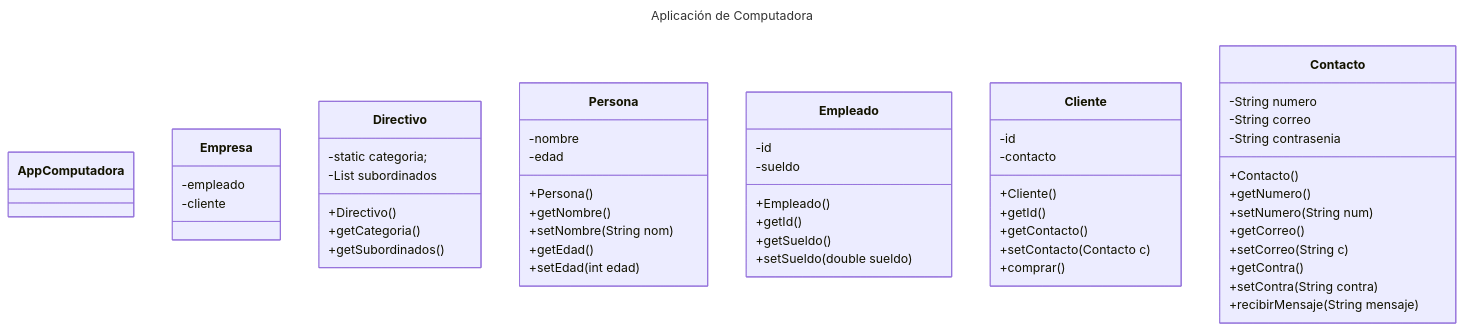
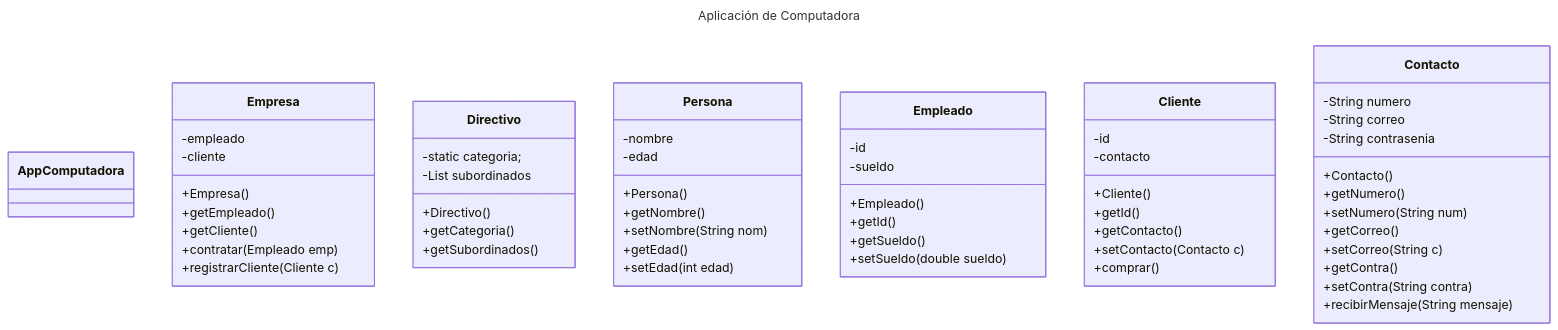
One commit to mauryci2/Jaime-Felix-POO-Base changed the diagram in README.md. Above: the diagram before and after it, drawn with Mermaid.

Commit message:
Añadi metodos y constructor a la Clase Empleado
Added constructor and methods to Empresa class.

````diff
--- a/README.md
+++ b/README.md
@@ -7,57 +7,62 @@
 ```mermaid
 ---
 title: Aplicación de Computadora
 ---
 classDiagram
       class AppComputadora
       class Empresa{
             -empleado
             -cliente
+            +Empresa()
+            +getEmpleado()
+            +getCliente()
+            +contratar(Empleado emp)
+            +registrarCliente(Cliente c)
       }
       class Directivo{
             -static categoria;
             -List<Empleado> subordinados
             +Directivo()
             +getCategoria()
             +getSubordinados()
       }      
       class Persona{
             -nombre
             -edad
             +Persona()
             +getNombre()
             +setNombre(String nom)
             +getEdad()
             +setEdad(int edad)
       }
       class Empleado{
             -id
             -sueldo
              +Empleado()
             +getId()
             +getSueldo()
             +setSueldo(double sueldo)
       }
       class Cliente{
             -id
             -contacto
             +Cliente()
             +getId()
             +getContacto()
             +setContacto(Contacto c)
             +comprar()
       }
       class Contacto{
             -String numero
             -String correo
             -String contrasenia
             +Contacto()
             +getNumero()
             +setNumero(String num)
             +getCorreo()
             +setCorreo(String c)
             +getContra()
             +setContra(String contra)
             +recibirMensaje(String mensaje)
       }
 ```
````
